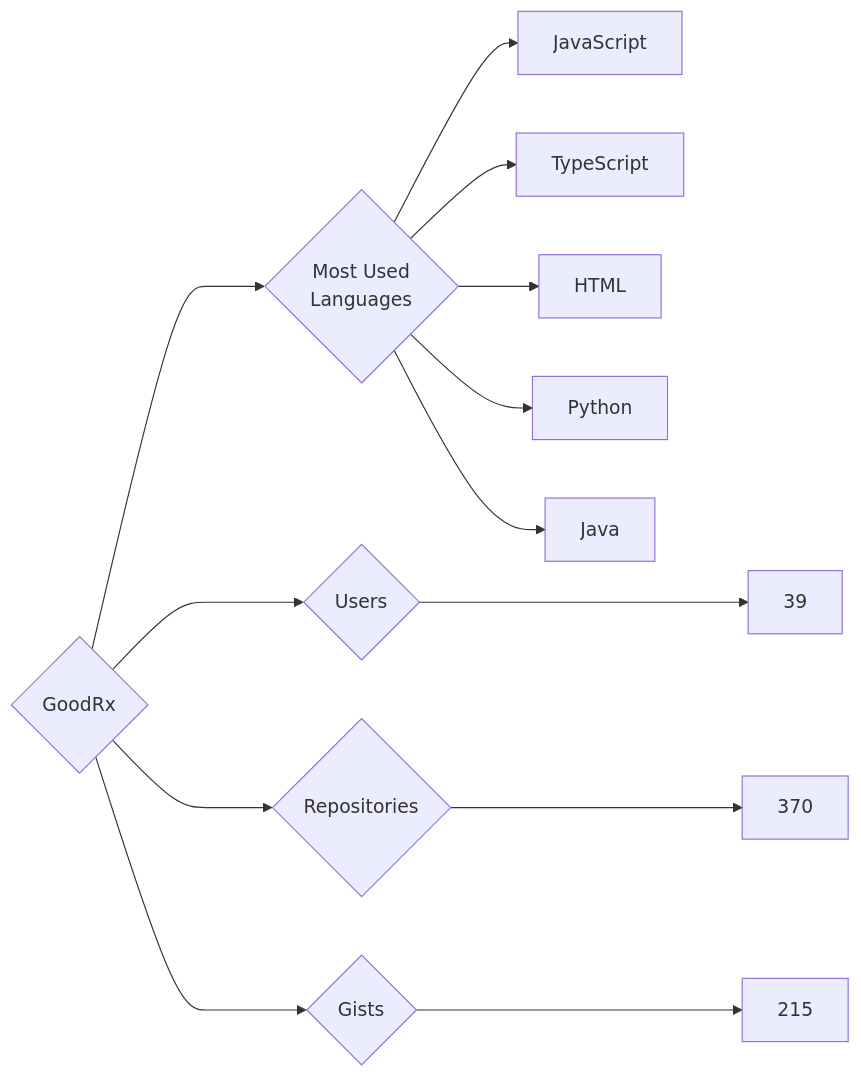
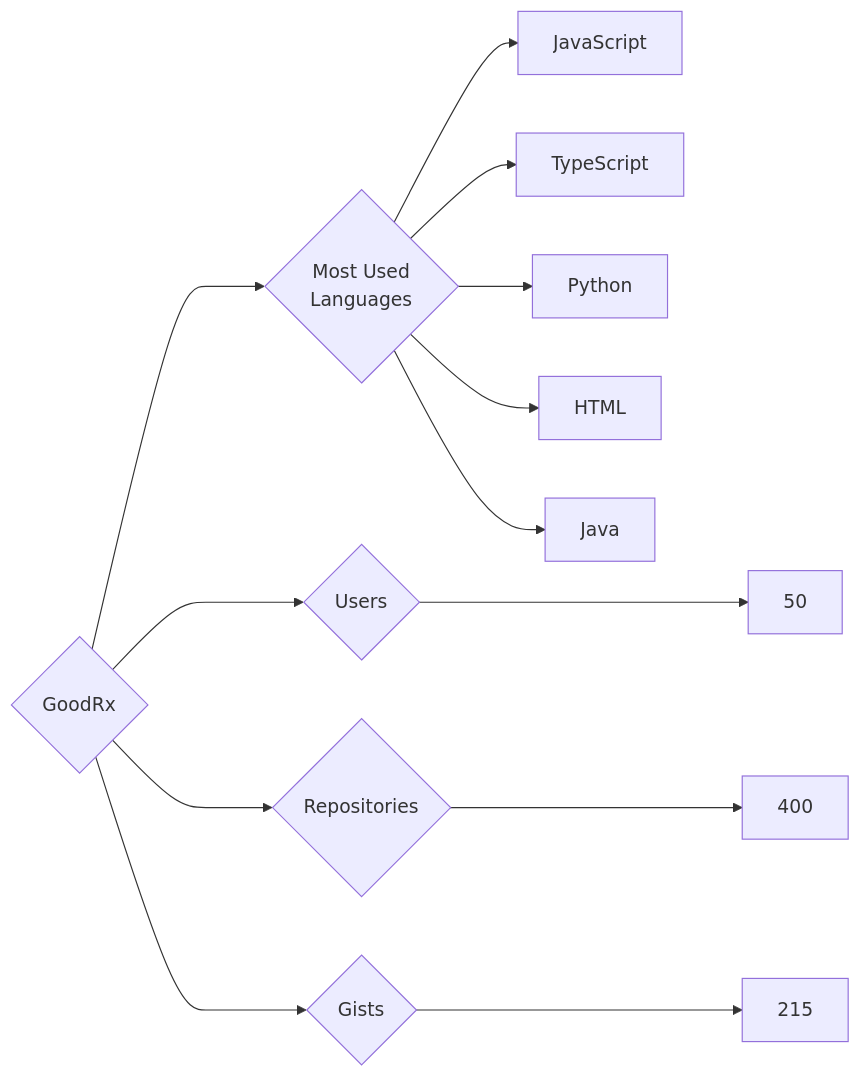
One commit to trickest/insiders changed the diagram in targets/GoodRx/README.md. Above: the diagram before and after it, drawn with Mermaid. The commit also changed 899 other files, not shown here.

````diff
--- a/targets/GoodRx/README.md
+++ b/targets/GoodRx/README.md
@@ -3,13 +3,13 @@
 ```mermaid
 graph LR
 COMPANY_NAME{GoodRx}
-COMPANY_NAME ---> U{Users} ---> UN[39]
-COMPANY_NAME ---> R{Repositories} ---> RN[370]
+COMPANY_NAME ---> U{Users} ---> UN[50]
+COMPANY_NAME ---> R{Repositories} ---> RN[400]
 COMPANY_NAME ---> G{Gists} ---> GN[215]
 COMPANY_NAME ---> ML{Most Used<br>Languages}
 ML --> JavaScript[JavaScript]
 ML --> TypeScript[TypeScript]
+ML --> Python[Python]
 ML --> HTML[HTML]
-ML --> Python[Python]
 ML --> Java[Java]
 ```
````
